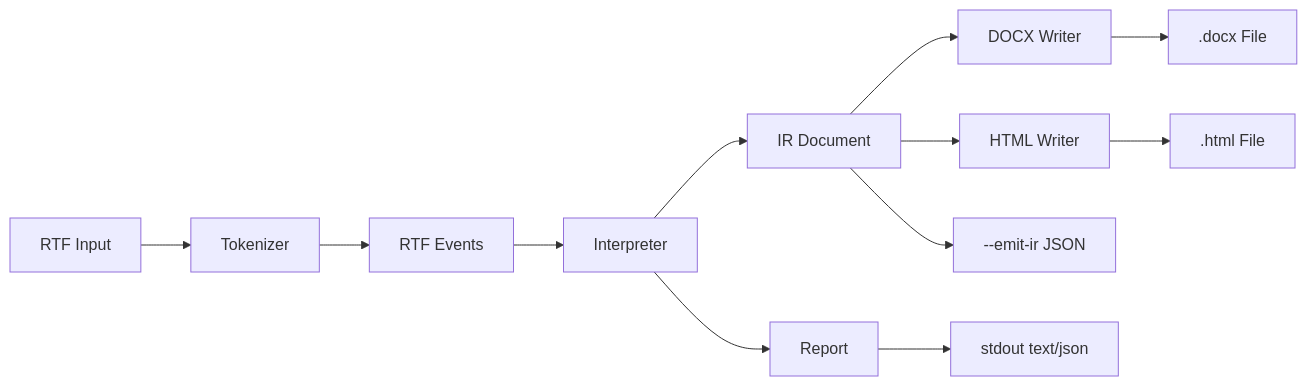
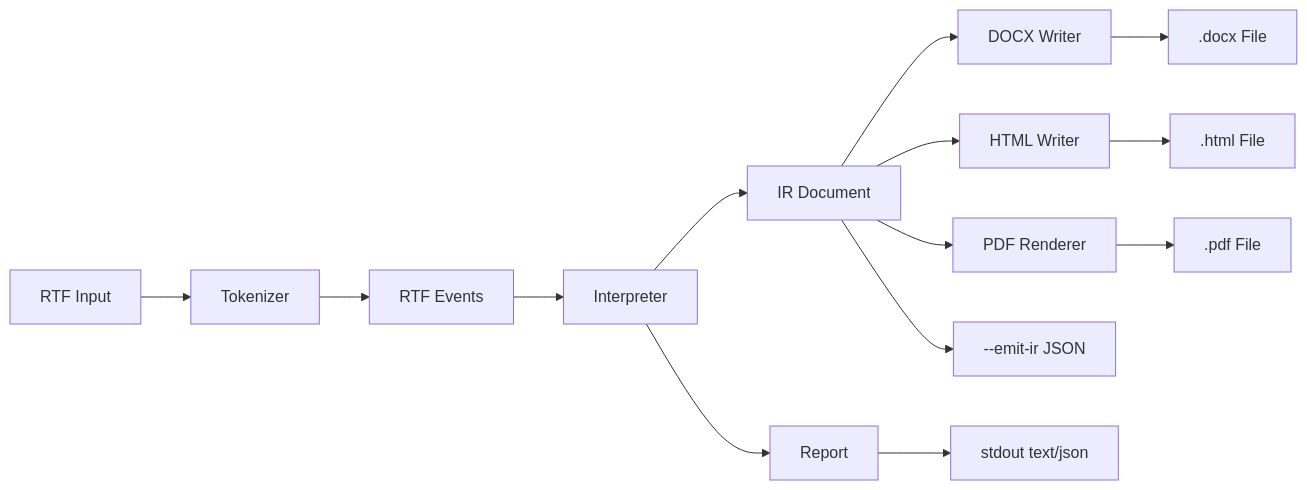
The diagram in docs/arch/README.md (TorstenCScholz/rtfkit), drawn with Mermaid before and after one commit. The commit also changed other lines of this file and 41 other files, not shown here.

````diff
--- a/docs/arch/README.md
+++ b/docs/arch/README.md
@@ -9,14 +9,16 @@
 ```mermaid
 flowchart LR
     RTF[RTF Input] --> Tokenizer[Tokenizer]
     Tokenizer --> Events[RTF Events]
     Events --> Interpreter[Interpreter]
     Interpreter --> IR[IR Document]
     Interpreter --> Report[Report]
     IR --> DOCXWriter[DOCX Writer]
     DOCXWriter --> DOCXFile[.docx File]
     IR --> HTMLWriter[HTML Writer]
     HTMLWriter --> HTMLFile[.html File]
+    IR --> PDFRenderer[PDF Renderer]
+    PDFRenderer --> PDFFile[.pdf File]
     IR --> CLI[--emit-ir JSON]
     Report --> CLIOut[stdout text/json]
 ```
````
